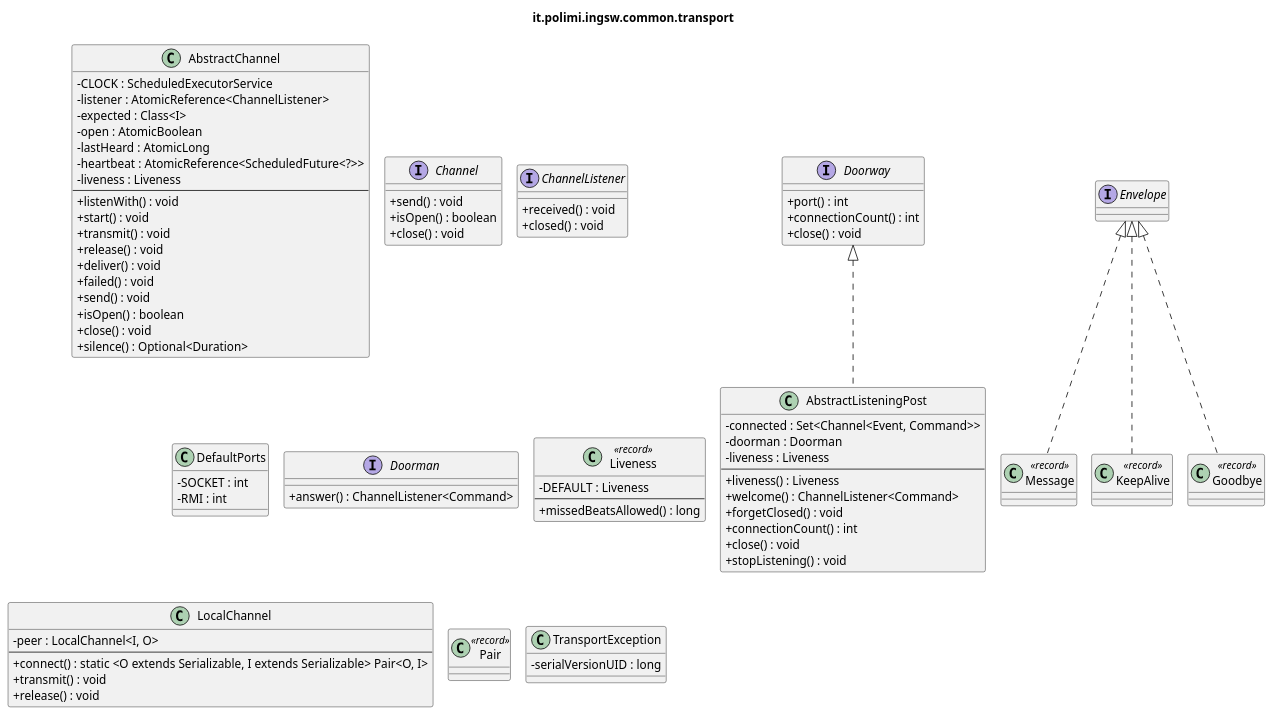
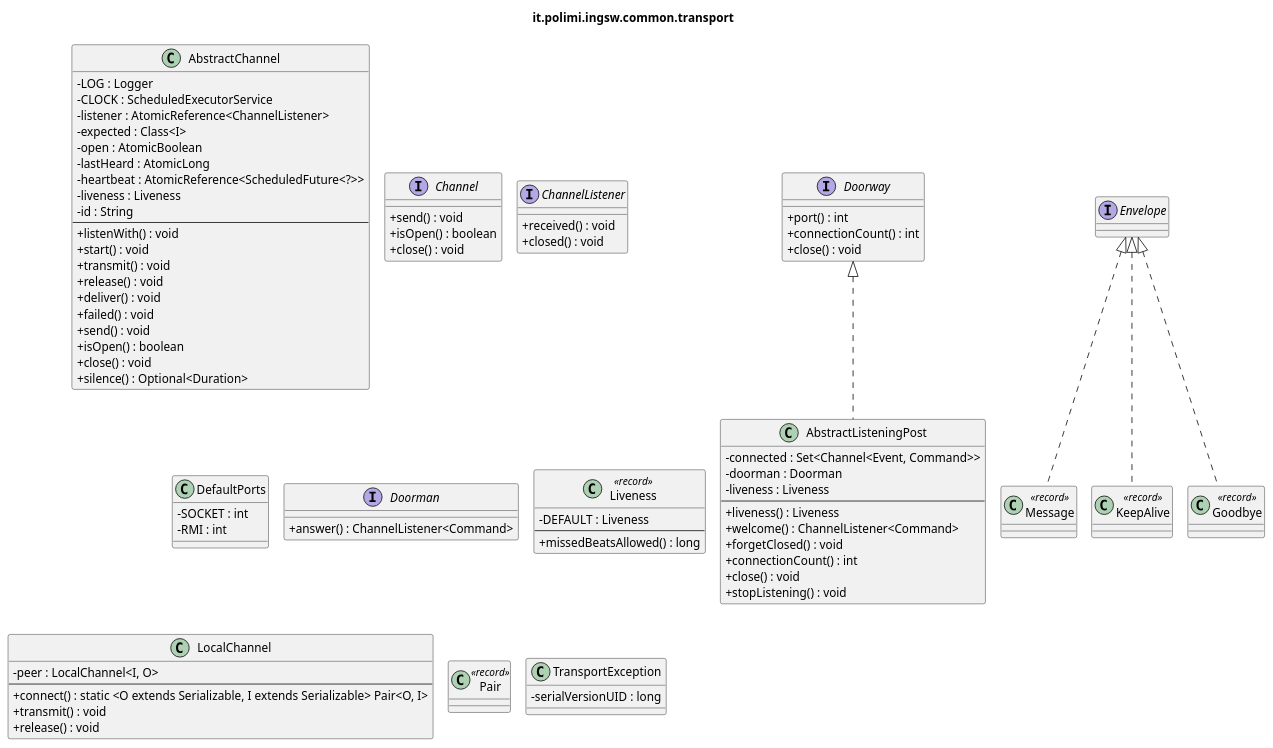
Before and after one commit to samuelesegrini/ing-sw-2025-segrini-terribile-varricchio-zanca: the diagram in docs/uml/detailed/common-transport.puml, drawn with PlantUML. The commit also changed 9 other files, not shown here.

```diff
--- a/docs/uml/detailed/common-transport.puml
+++ b/docs/uml/detailed/common-transport.puml
@@ -1,91 +1,93 @@
 @startuml it_polimi_ingsw_common_transport
 ' Generated by tools/uml/generate-detailed.py. Do not edit by hand.
 !pragma layout smetana
 skinparam shadowing false
 skinparam classAttributeIconSize 0
 title it.polimi.ingsw.common.transport
 
 class AbstractChannel {
+  -LOG : Logger
   -CLOCK : ScheduledExecutorService
   -listener : AtomicReference<ChannelListener<I>>
   -expected : Class<I>
   -open : AtomicBoolean
   -lastHeard : AtomicLong
   -heartbeat : AtomicReference<ScheduledFuture<?>>
   -liveness : Liveness
+  -id : String
   --
   +listenWith() : void
   +start() : void
   +transmit() : void
   +release() : void
   +deliver() : void
   +failed() : void
   +send() : void
   +isOpen() : boolean
   +close() : void
   +silence() : Optional<Duration>
 }
 class AbstractListeningPost {
   -connected : Set<Channel<Event, Command>>
   -doorman : Doorman
   -liveness : Liveness
   --
   +liveness() : Liveness
   +welcome() : ChannelListener<Command>
   +forgetClosed() : void
   +connectionCount() : int
   +close() : void
   +stopListening() : void
 }
 interface Channel {
   +send() : void
   +isOpen() : boolean
   +close() : void
 }
 interface ChannelListener {
   +received() : void
   +closed() : void
 }
 class DefaultPorts {
   -SOCKET : int
   -RMI : int
 }
 interface Doorman {
   +answer() : ChannelListener<Command>
 }
 interface Doorway {
   +port() : int
   +connectionCount() : int
   +close() : void
 }
 interface Envelope {
 }
 class Message <<record>> {
 }
 class KeepAlive <<record>> {
 }
 class Goodbye <<record>> {
 }
 class Liveness <<record>> {
   -DEFAULT : Liveness
   --
   +missedBeatsAllowed() : long
 }
 class LocalChannel {
   -peer : LocalChannel<I, O>
   --
   +connect() : static <O extends Serializable, I extends Serializable> Pair<O, I>
   +transmit() : void
   +release() : void
 }
 class Pair <<record>> {
 }
 class TransportException {
   -serialVersionUID : long
 }
 
 Doorway <|.. AbstractListeningPost
 Envelope <|.. Message
 Envelope <|.. KeepAlive
 Envelope <|.. Goodbye
 @enduml
```
